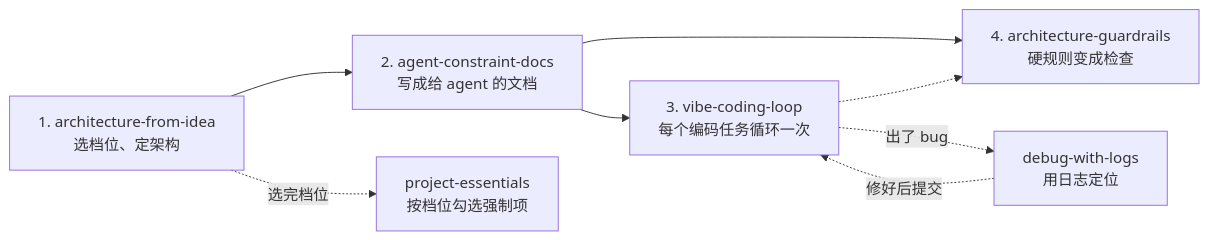
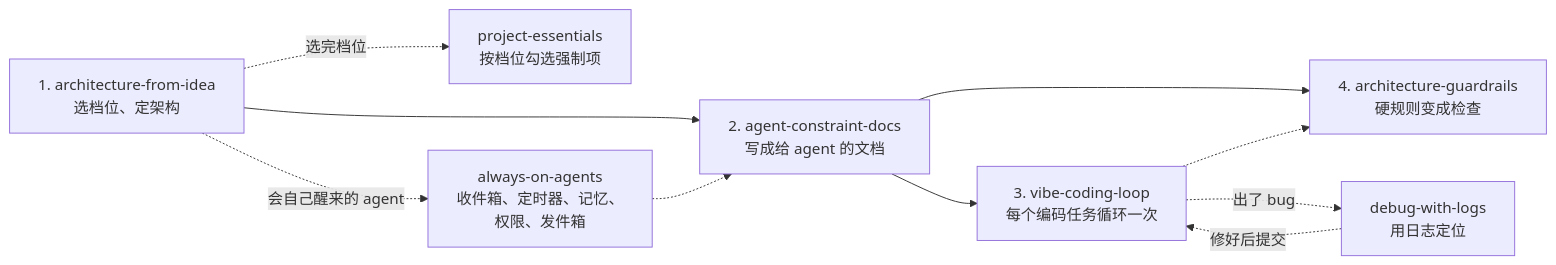
One commit to wisdom-km/agent-skills changed the diagram in README.zh-CN.md. Above: the diagram before and after it, drawn with Mermaid. The commit also changed other lines of this file and 13 other files, not shown here.

Commit message:
feat(skills): add always-on-agents skill (inbox, timers, memory, permissions, outbox)

````diff
--- a/README.zh-CN.md
+++ b/README.zh-CN.md
@@ -39,10 +41,12 @@
 ```mermaid
 flowchart LR
   A["1. architecture-from-idea<br/>选档位、定架构"] --> B["2. agent-constraint-docs<br/>写成给 agent 的文档"]
   B --> C["3. vibe-coding-loop<br/>每个编码任务循环一次"]
   B --> D["4. architecture-guardrails<br/>硬规则变成检查"]
   C -.-> D
   C -. 出了 bug .-> E["debug-with-logs<br/>用日志定位"]
   E -. 修好后提交 .-> C
   A -. 选完档位 .-> F["project-essentials<br/>按档位勾选强制项"]
+  A -. 会自己醒来的 agent .-> G["always-on-agents<br/>收件箱、定时器、记忆、<br/>权限、发件箱"]
+  G -.-> B
 ```
````
